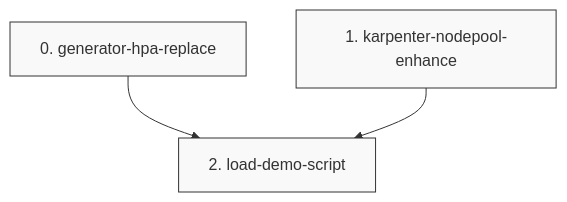
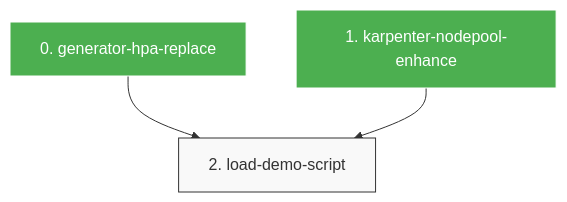
Before and after one commit to masondev1024/robot-data-pipeline: the diagram in phases/6-autoscaling/DAG.md, drawn with Mermaid. The commit also changed 2 other files, not shown here.

Commit message:
feat(6-autoscaling): step 2 — load-demo-script

````diff
--- a/phases/6-autoscaling/DAG.md
+++ b/phases/6-autoscaling/DAG.md
@@ -3,15 +3,15 @@
 ```mermaid
 graph TD
   classDef completed fill:#4CAF50,stroke:#fff,color:#fff;
   classDef pending fill:#f9f9f9,stroke:#333;
   classDef error fill:#f44336,stroke:#fff,color:#fff;
   classDef blocked fill:#FF9800,stroke:#fff,color:#fff;
   S0["0. generator-hpa-replace"]
-  class S0 pending;
+  class S0 completed;
   S1["1. karpenter-nodepool-enhance"]
-  class S1 pending;
+  class S1 completed;
   S2["2. load-demo-script"]
   class S2 pending;
   S0 --> S2
   S1 --> S2
 ```
````
